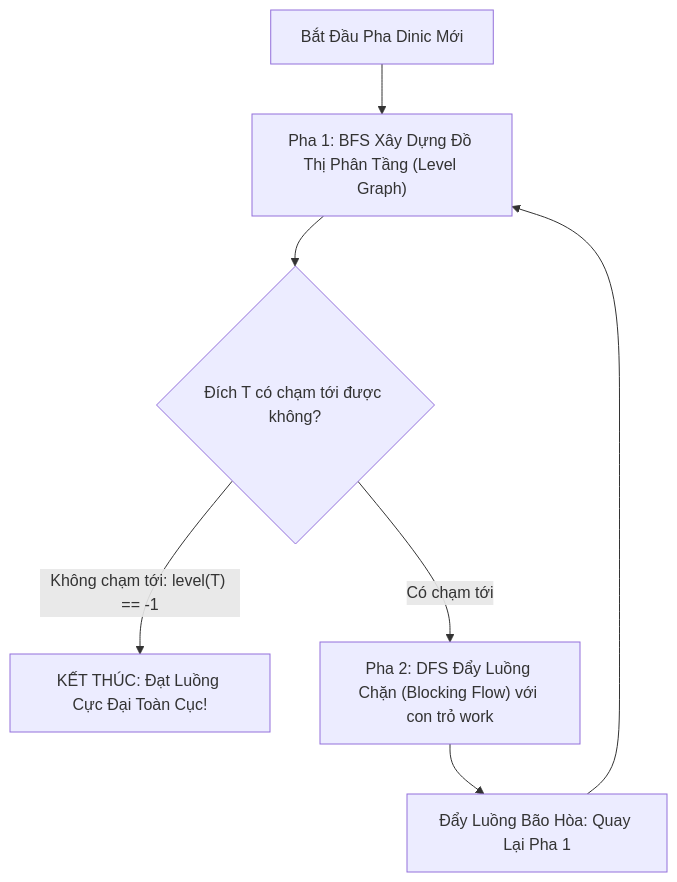
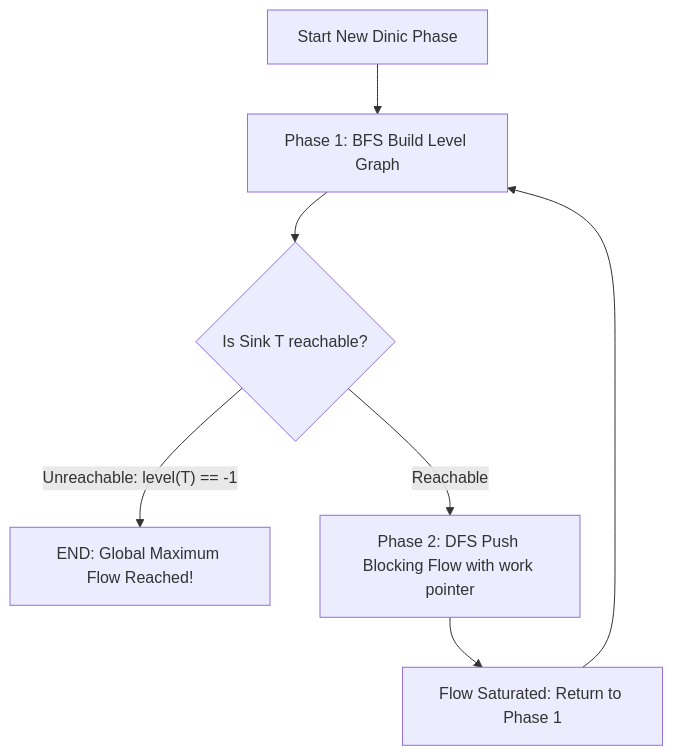
One commit to ga2631/ga2631.github.io changed the diagram in src/data/blog/en/42-2026-06-11-dinics-algorithm-maximum-flow-level-graph-blocking-flow-cpp.md. Above: the diagram before and after it, drawn with Mermaid. The commit also changed other lines of this file and 74 other files, not shown here.

````diff
--- a/src/data/blog/en/42-2026-06-11-dinics-algorithm-maximum-flow-level-graph-blocking-flow-cpp.md
+++ b/src/data/blog/en/42-2026-06-11-dinics-algorithm-maximum-flow-level-graph-blocking-flow-cpp.md
@@ -54,9 +52,9 @@
 ```mermaid
 flowchart TD
-    Start["Bắt Đầu Pha Dinic Mới"] --> BFS["Pha 1: BFS Xây Dựng Đồ Thị Phân Tầng (Level Graph)"]
-    BFS --> LevelCheck{"Đích T có chạm tới được không?"}
-    LevelCheck -->|"Không chạm tới: level(T) == -1"| Terminate["KẾT THÚC: Đạt Luồng Cực Đại Toàn Cục!"]
-    LevelCheck -->|"Có chạm tới"| DFS["Pha 2: DFS Đẩy Luồng Chặn (Blocking Flow) với con trỏ work"]
-    DFS --> ResetWork["Đẩy Luồng Bão Hòa: Quay Lại Pha 1"]
+    Start["Start New Dinic Phase"] --> BFS["Phase 1: BFS Build Level Graph"]
+    BFS --> LevelCheck{"Is Sink T reachable?"}
+    LevelCheck -->|"Unreachable: level(T) == -1"| Terminate["END: Global Maximum Flow Reached!"]
+    LevelCheck -->|"Reachable"| DFS["Phase 2: DFS Push Blocking Flow with work pointer"]
+    DFS --> ResetWork["Flow Saturated: Return to Phase 1"]
     ResetWork --> BFS
 ```
````
